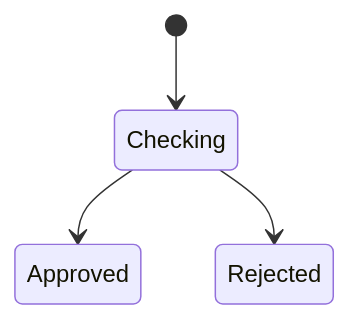
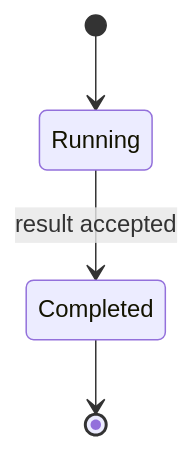
Before and after one commit to mols3131d/mols-agent-assets: the fifth of 5 diagrams in src/rulesync/.rulesync/skills/mols-mermaid-diagram/references/examples/state-diagram.md, drawn with Mermaid. The commit also changed other lines of this file and 27 other files, not shown here.

Commit message:
docs(mermaid): diagram examples 단계별 고도화

````diff
--- a/src/rulesync/.rulesync/skills/mols-mermaid-diagram/references/examples/state-diagram.md
+++ b/src/rulesync/.rulesync/skills/mols-mermaid-diagram/references/examples/state-diagram.md
@@ -88,6 +124,6 @@
 ```mermaid
 stateDiagram-v2
-    [*] --> Checking
-    Checking --> Approved
-    Checking --> Rejected
+    [*] --> Running
+    Running --> Completed: result accepted
+    Completed --> [*]
 ```
````
